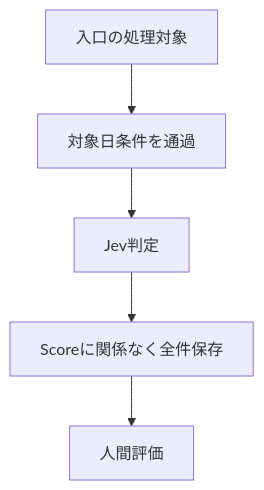
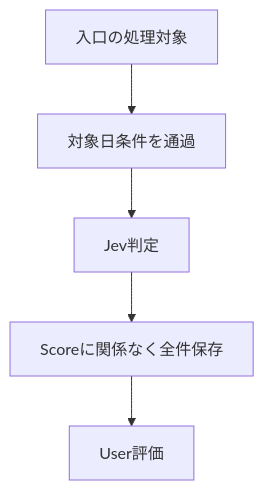
The first of 3 diagrams in docs/design/06_OPERATION_AND_HANDOFF.md (t-oikawa-sendai/jev-news-selector), drawn with Mermaid before and after one commit. The commit also changed other lines of this file and 13 other files, not shown here.

````diff
--- a/docs/design/06_OPERATION_AND_HANDOFF.md
+++ b/docs/design/06_OPERATION_AND_HANDOFF.md
@@ -134,7 +134,7 @@
 ```mermaid
 flowchart TD
     a["入口の処理対象"] --> b["対象日条件を通過"]
     b --> c["Jev判定"]
     c --> d["Scoreに関係なく全件保存"]
-    d --> e["人間評価"]
+    d --> e["User評価"]
 ```
````
